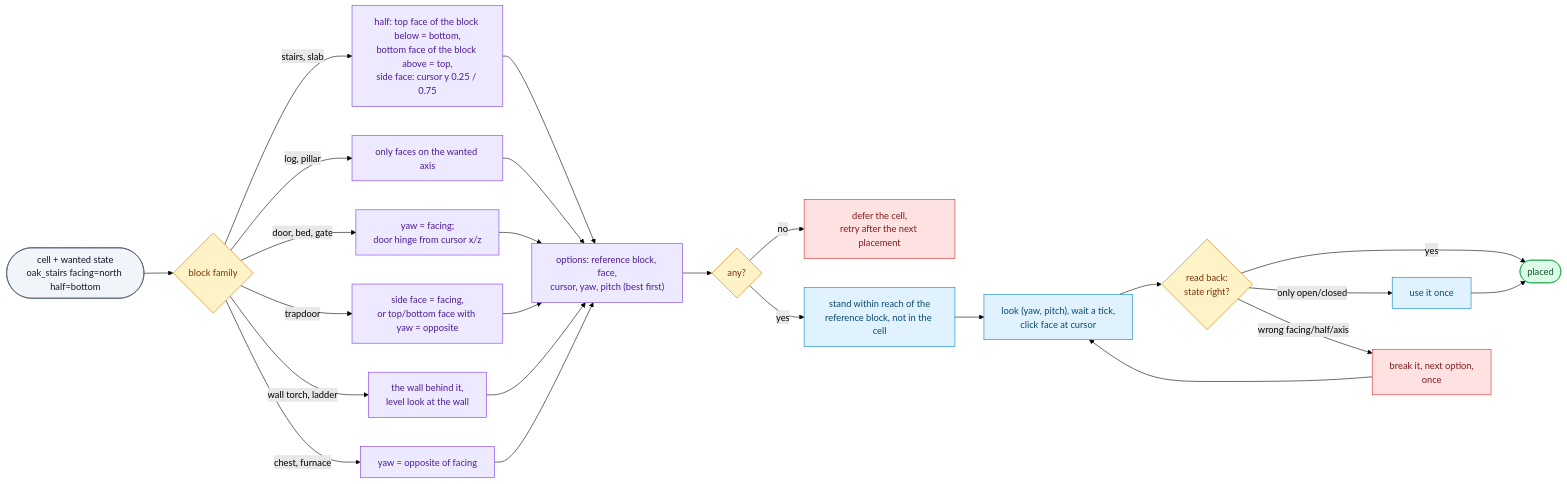
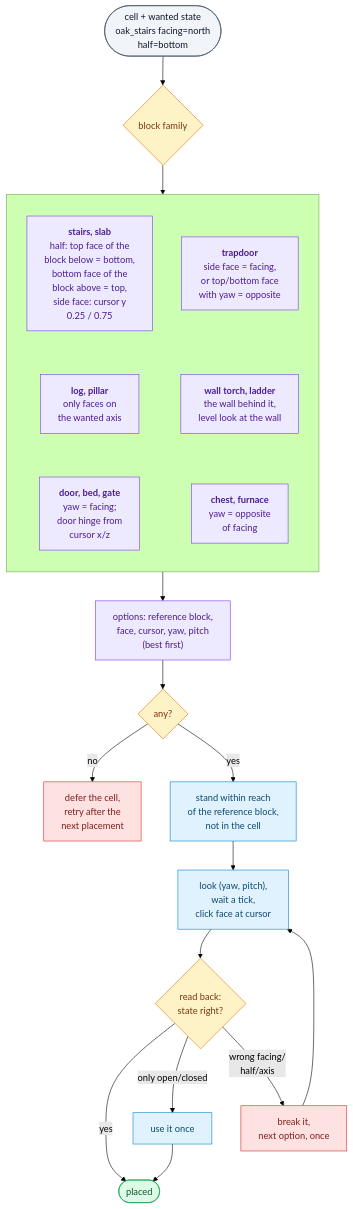
Before and after one commit to thereisnotime/golemkit: the second of 3 diagrams in docs/guide/goals-and-building.md, drawn with Mermaid (forest theme). The commit also changed other lines of this file and 20 other files, not shown here.

First line of the commit message:
Docs: replace the last ASCII diagrams with mermaid, make wide charts top-down to fit the column

````diff
--- a/docs/guide/goals-and-building.md
+++ b/docs/guide/goals-and-building.md
@@ -229,31 +229,37 @@
 ```mermaid
-flowchart LR
-  W(["cell + wanted state<br/>oak_stairs facing=north half=bottom"]) --> F{"block family"}
-  F -->|stairs, slab| H["half: top face of the block below = bottom,<br/>bottom face of the block above = top,<br/>side face: cursor y 0.25 / 0.75"]
-  F -->|log, pillar| A["only faces on the wanted axis"]
-  F -->|door, bed, gate| Y["yaw = facing;<br/>door hinge from cursor x/z"]
-  F -->|trapdoor| T["side face = facing,<br/>or top/bottom face with yaw = opposite"]
-  F -->|wall torch, ladder| M["the wall behind it,<br/>level look at the wall"]
-  F -->|chest, furnace| O["yaw = opposite of facing"]
-  H & A & Y & T & M & O --> R["options: reference block, face,<br/>cursor, yaw, pitch (best first)"]
+flowchart TD
+  W(["cell + wanted state<br/>oak_stairs facing=north<br/>half=bottom"]) --> F{"block family"}
+  subgraph FAM[" "]
+    direction TB
+    H["<b>stairs, slab</b><br/>half: top face of the<br/>block below = bottom,<br/>bottom face of the<br/>block above = top,<br/>side face: cursor y<br/>0.25 / 0.75"]
+    A["<b>log, pillar</b><br/>only faces on<br/>the wanted axis"]
+    Y["<b>door, bed, gate</b><br/>yaw = facing;<br/>door hinge from<br/>cursor x/z"]
+    T["<b>trapdoor</b><br/>side face = facing,<br/>or top/bottom face<br/>with yaw = opposite"]
+    M["<b>wall torch, ladder</b><br/>the wall behind it,<br/>level look at the wall"]
+    O["<b>chest, furnace</b><br/>yaw = opposite<br/>of facing"]
+    H ~~~ A ~~~ Y
+    T ~~~ M ~~~ O
+  end
+  F --> FAM
+  FAM --> R["options: reference block,<br/>face, cursor, yaw, pitch<br/>(best first)"]
   R --> E{"any?"}
-  E -- no --> D["defer the cell,<br/>retry after the next placement"]
-  E -- yes --> S["stand within reach of the<br/>reference block, not in the cell"]
-  S --> L["look (yaw, pitch), wait a tick,<br/>click face at cursor"]
+  E -- no --> D["defer the cell,<br/>retry after the<br/>next placement"]
+  E -- yes --> S["stand within reach<br/>of the reference block,<br/>not in the cell"]
+  S --> L["look (yaw, pitch),<br/>wait a tick,<br/>click face at cursor"]
   L --> V{"read back:<br/>state right?"}
   V -- yes --> OK(["placed"])
   V -- "only open/closed" --> U["use it once"] --> OK
-  V -- "wrong facing/half/axis" --> X["break it, next option,<br/>once"] --> L
+  V -- "wrong facing/<br/>half/axis" --> X["break it,<br/>next option, once"] --> L
   classDef in fill:#f1f5f9,stroke:#475569,color:#0f172a
   classDef rule fill:#ede9fe,stroke:#7c3aed,color:#4c1d95
   classDef act fill:#e0f2fe,stroke:#0284c7,color:#0c4a6e
   classDef dec fill:#fef3c7,stroke:#d97706,color:#78350f
   classDef good fill:#dcfce7,stroke:#16a34a,color:#14532d
   classDef bad fill:#fee2e2,stroke:#dc2626,color:#7f1d1d
   class W in
   class H,A,Y,T,M,O,R rule
   class S,L,U act
   class F,E,V dec
   class OK good
   class D,X bad
 ```
````
